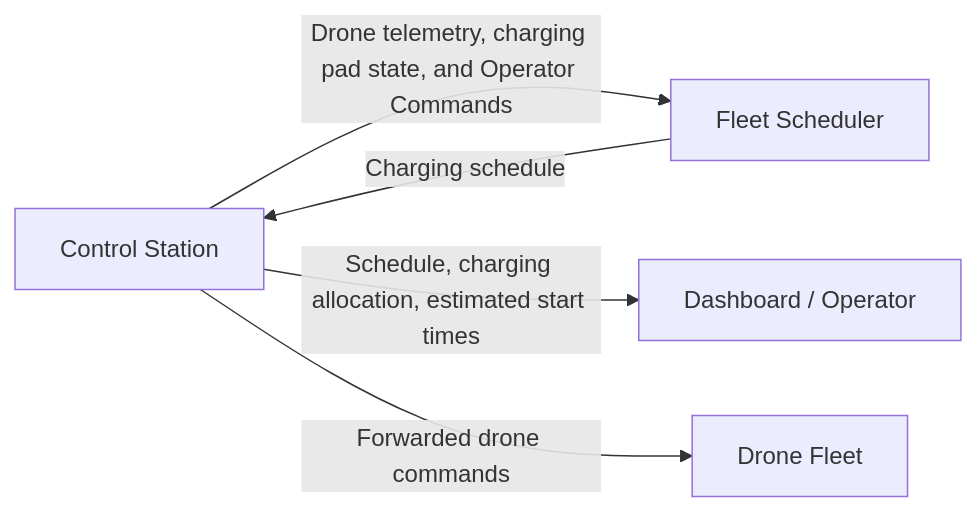
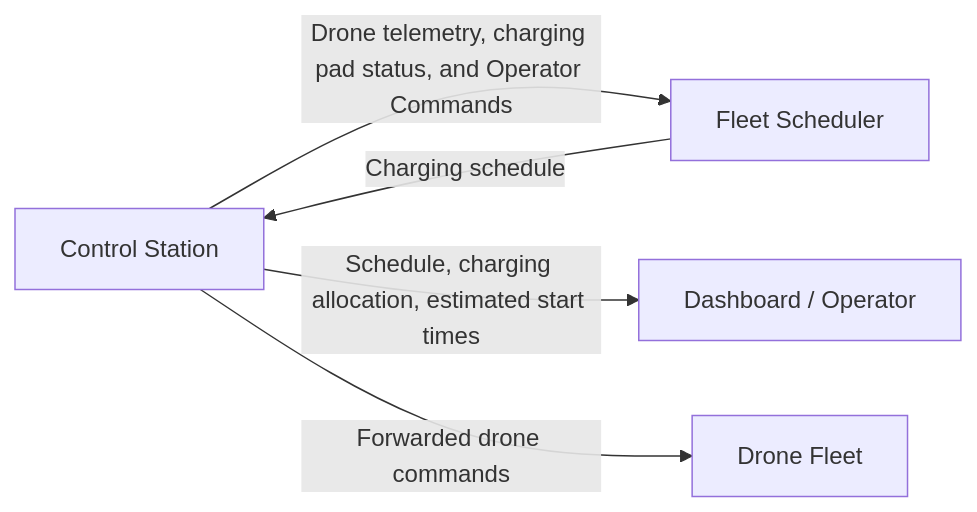
The first of 2 diagrams in README.md (Capstone-DRONE21/fleet_scheduler), drawn with Mermaid before and after one commit. The commit also changed other lines of this file, not shown here.

First line of the commit message:
Change state to status.

````diff
--- a/README.md
+++ b/README.md
@@ -81,10 +81,10 @@
 ```mermaid
 flowchart LR
     CS[Control Station]
     FS[Fleet Scheduler]
 
-    CS -->|Drone telemetry, charging pad state, and Operator Commands| FS
+    CS -->|Drone telemetry, charging pad status, and Operator Commands| FS
     FS -->|Charging schedule| CS
     CS -->|Schedule, charging allocation, estimated start times| OUT[Dashboard / Operator]
     CS -->|Forwarded drone commands| D[Drone Fleet]
 ```
````
